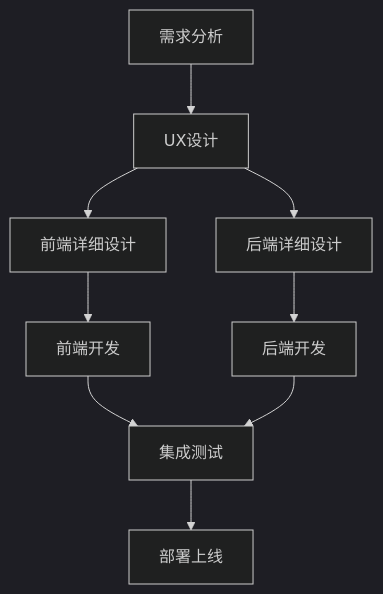
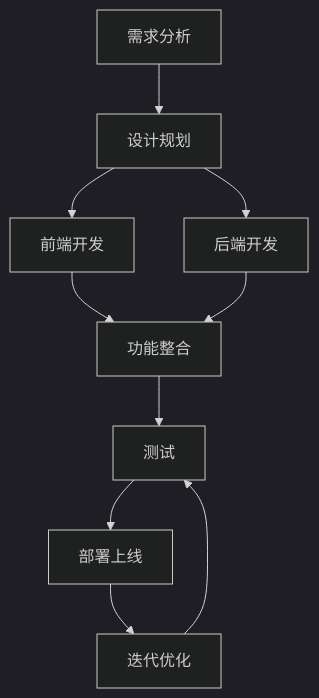
Before and after one commit to DomiYoung/creativeprostudio: the diagram in docs/README.md, drawn with Mermaid (dark theme). The commit also changed other lines of this file and 68 other files, not shown here.

````diff
--- a/docs/README.md
+++ b/docs/README.md
@@ -52,11 +60,12 @@
 ```mermaid
 flowchart TD
-    A[需求分析] --> B[UX设计]
-    B --> C[前端详细设计]
-    B --> D[后端详细设计]
-    C --> E[前端开发]
-    D --> F[后端开发]
-    E --> G[集成测试]
-    F --> G
-    G --> H[部署上线]
+    A[需求分析] --> B[设计规划]
+    B --> C[前端开发]
+    B --> D[后端开发]
+    C --> E[功能整合]
+    D --> E
+    E --> F[测试]
+    F --> G[部署上线]
+    G --> H[迭代优化]
+    H --> F
 ```
````
